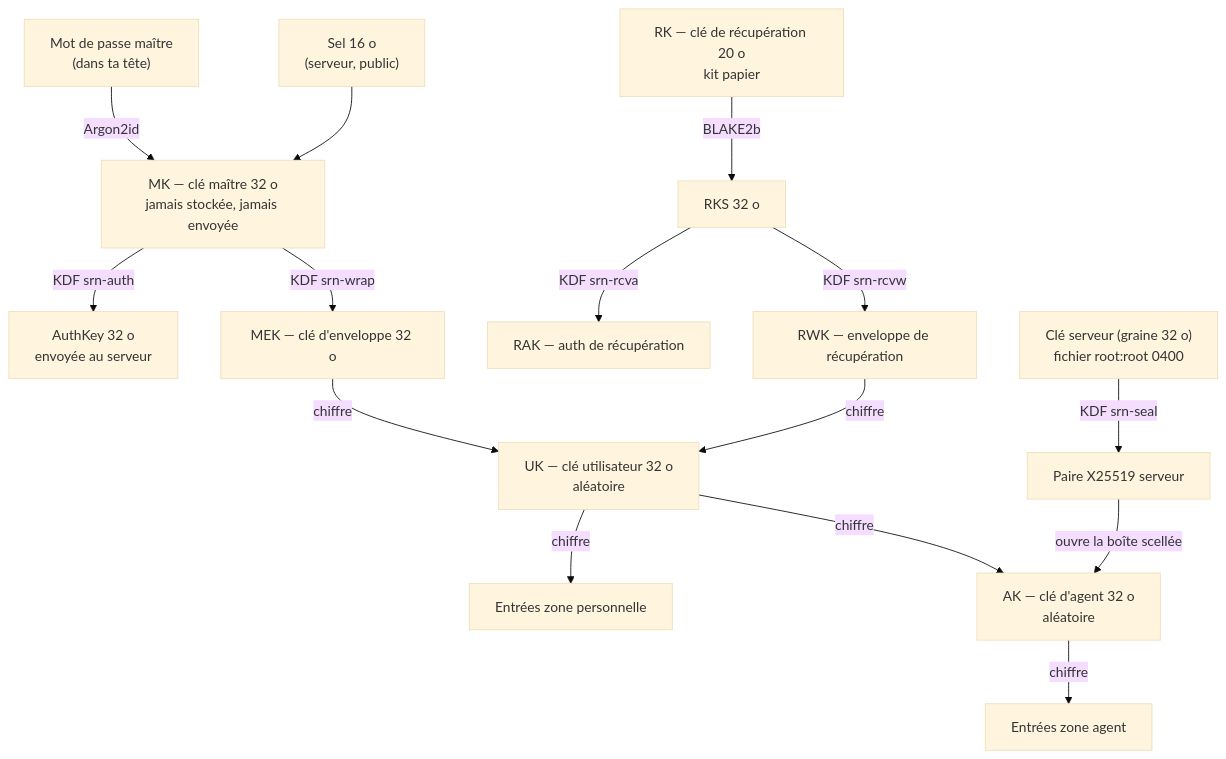
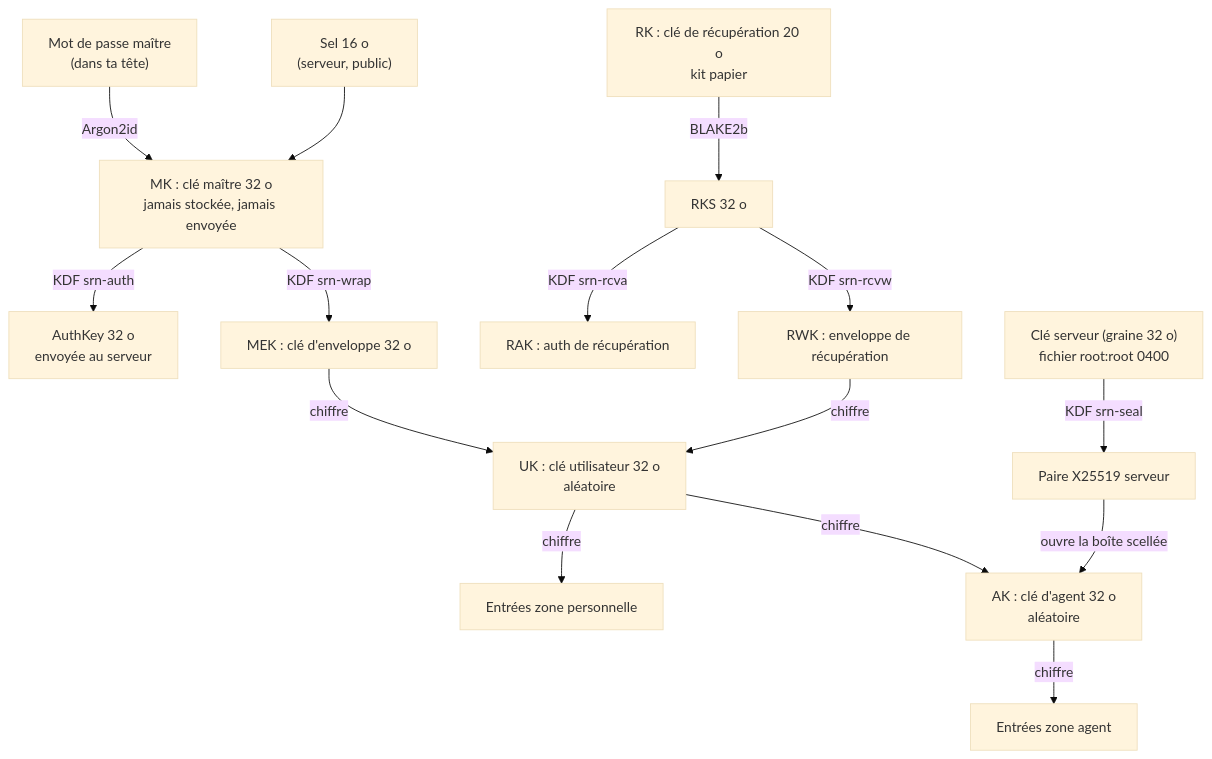
Before and after one commit to Cybertrist/Serenity: the diagram in docs/crypto.md, drawn with Mermaid (base theme). The commit also changed other lines of this file, not shown here.

````diff
--- a/docs/crypto.md
+++ b/docs/crypto.md
@@ -49,33 +49,33 @@
 ```mermaid
 flowchart TD
     PW["Mot de passe maître<br/>(dans ta tête)"]
     SALT["Sel 16 o<br/>(serveur, public)"]
-    MK["MK — clé maître 32 o<br/>jamais stockée, jamais envoyée"]
+    MK["MK : clé maître 32 o<br/>jamais stockée, jamais envoyée"]
     AUTH["AuthKey 32 o<br/>envoyée au serveur"]
-    MEK["MEK — clé d'enveloppe 32 o"]
-    UK["UK — clé utilisateur 32 o<br/>aléatoire"]
-    RK["RK — clé de récupération 20 o<br/>kit papier"]
+    MEK["MEK : clé d'enveloppe 32 o"]
+    UK["UK : clé utilisateur 32 o<br/>aléatoire"]
+    RK["RK : clé de récupération 20 o<br/>kit papier"]
     RKS["RKS 32 o"]
-    RAK["RAK — auth de récupération"]
-    RWK["RWK — enveloppe de récupération"]
-    AK["AK — clé d'agent 32 o<br/>aléatoire"]
+    RAK["RAK : auth de récupération"]
+    RWK["RWK : enveloppe de récupération"]
+    AK["AK : clé d'agent 32 o<br/>aléatoire"]
     SK["Clé serveur (graine 32 o)<br/>fichier root:root 0400"]
     SKP["Paire X25519 serveur"]
     PERSO["Entrées zone personnelle"]
     AGENT["Entrées zone agent"]
 
     PW -->|Argon2id| MK
     SALT --> MK
     MK -->|KDF srn-auth| AUTH
     MK -->|KDF srn-wrap| MEK
     MEK -->|chiffre| UK
     RK -->|BLAKE2b| RKS
     RKS -->|KDF srn-rcva| RAK
     RKS -->|KDF srn-rcvw| RWK
     RWK -->|chiffre| UK
     UK -->|chiffre| PERSO
     UK -->|chiffre| AK
     SK -->|KDF srn-seal| SKP
     SKP -->|ouvre la boîte scellée| AK
     AK -->|chiffre| AGENT
 ```
````
